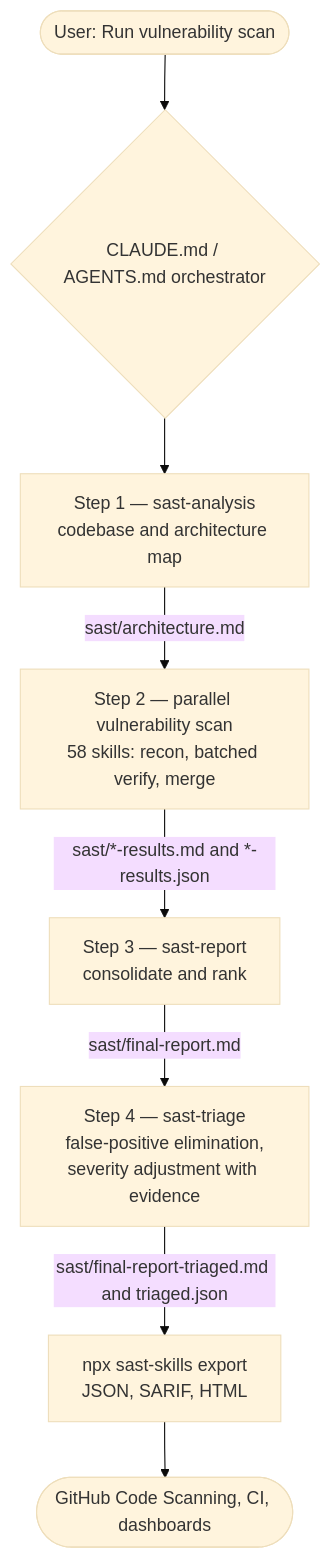
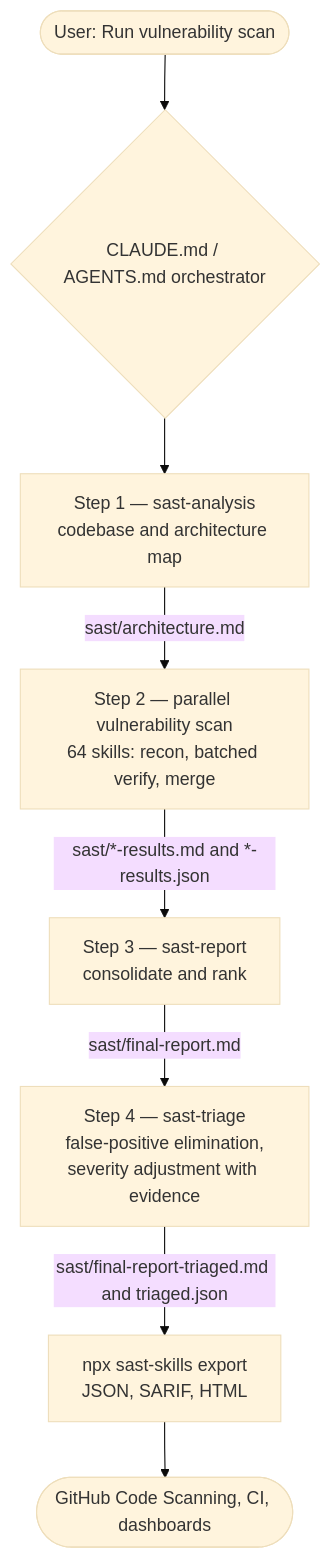
The diagram in README.md (mstfknn/sast-skills), drawn with Mermaid (base theme) before and after one commit. The commit also changed other lines of this file and 15 other files, not shown here.

First line of the commit message:
feat(skills): add 6 backlog detection skills — roadmap complete

````diff
--- a/README.md
+++ b/README.md
@@ -62,10 +62,10 @@
 ```mermaid
 flowchart TD
     U(["User: Run vulnerability scan"]) --> R{"CLAUDE.md / AGENTS.md orchestrator"}
     R --> S1["Step 1 — sast-analysis<br/>codebase and architecture map"]
-    S1 -->|sast/architecture.md| S2["Step 2 — parallel vulnerability scan<br/>58 skills: recon, batched verify, merge"]
+    S1 -->|sast/architecture.md| S2["Step 2 — parallel vulnerability scan<br/>64 skills: recon, batched verify, merge"]
     S2 -->|sast/*-results.md and *-results.json| S3["Step 3 — sast-report<br/>consolidate and rank"]
     S3 -->|sast/final-report.md| S4["Step 4 — sast-triage<br/>false-positive elimination,<br/>severity adjustment with evidence"]
     S4 -->|sast/final-report-triaged.md and triaged.json| EXP["npx sast-skills export<br/>JSON, SARIF, HTML"]
     EXP --> CS(["GitHub Code Scanning, CI, dashboards"])
 ```
````
